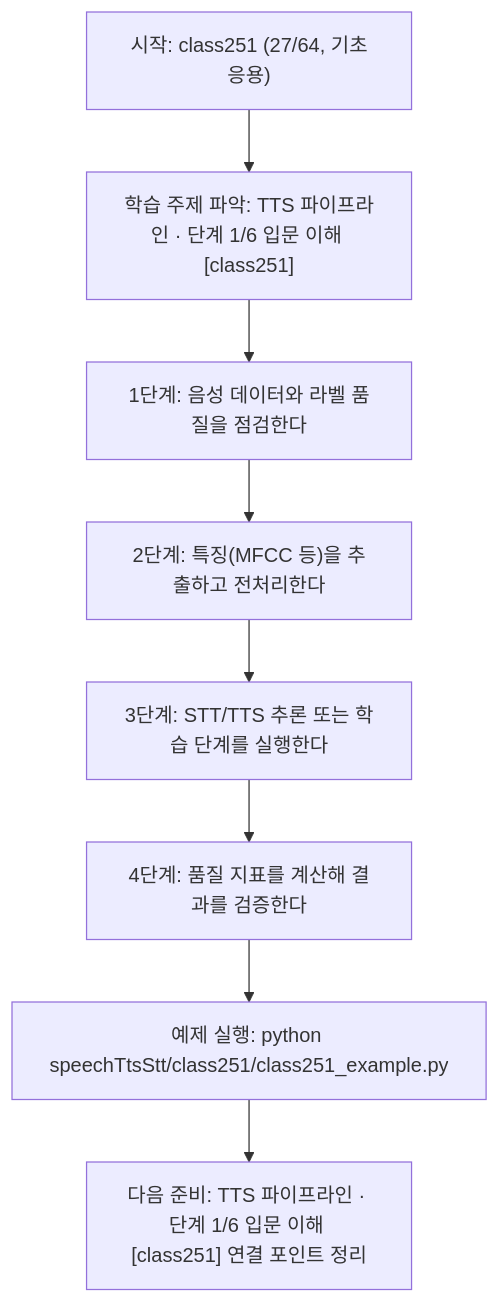
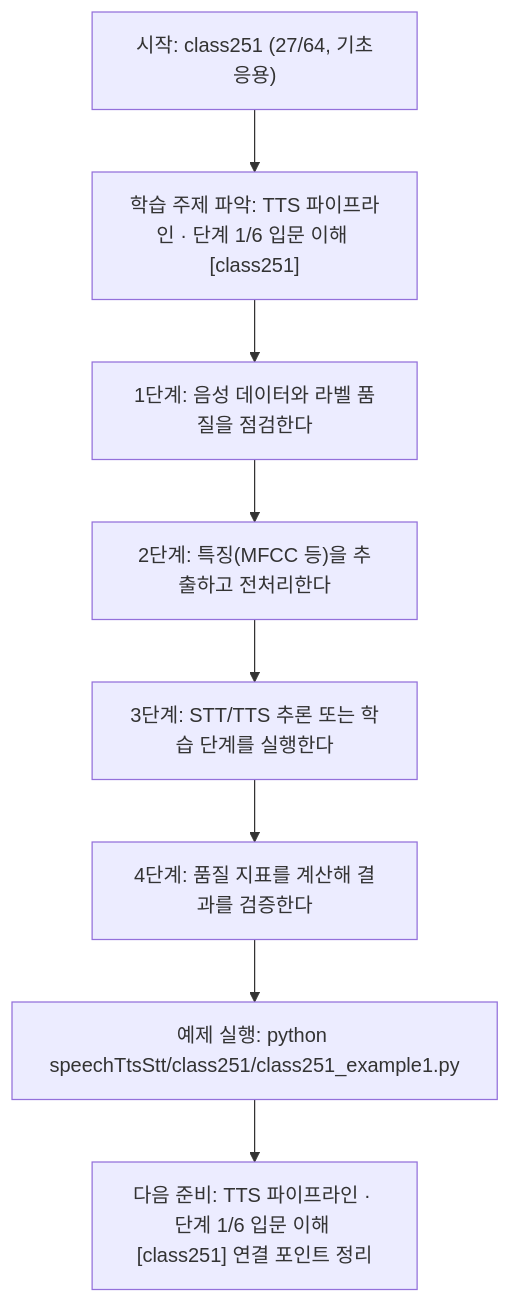
Before and after one commit to edumgt/Python-AI_Agent-Class: the diagram in speechTtsStt/class251/class251.md, drawn with Mermaid. The commit also changed other lines of this file and 2959 other files, not shown here.

````diff
--- a/speechTtsStt/class251/class251.md
+++ b/speechTtsStt/class251/class251.md
@@ -113,18 +113,18 @@
 ```mermaid
 flowchart TD
 N1["시작: class251 (27/64, 기초응용)"]
 N2["학습 주제 파악: TTS 파이프라인 · 단계 1/6 입문 이해 [class251]"]
 N3["1단계: 음성 데이터와 라벨 품질을 점검한다"]
 N4["2단계: 특징(MFCC 등)을 추출하고 전처리한다"]
 N5["3단계: STT/TTS 추론 또는 학습 단계를 실행한다"]
 N6["4단계: 품질 지표를 계산해 결과를 검증한다"]
-N7["예제 실행: python speechTtsStt/class251/class251_example.py"]
+N7["예제 실행: python speechTtsStt/class251/class251_example1.py"]
 N8["다음 준비: TTS 파이프라인 · 단계 1/6 입문 이해 [class251] 연결 포인트 정리"]
 N1 --> N2
 N2 --> N3
 N3 --> N4
 N4 --> N5
 N5 --> N6
 N6 --> N7
 N7 --> N8
 ```
````
